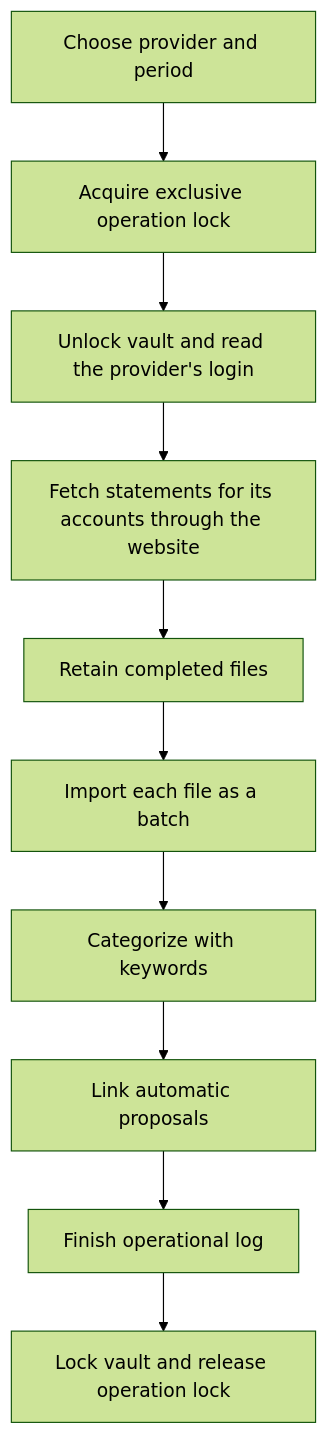
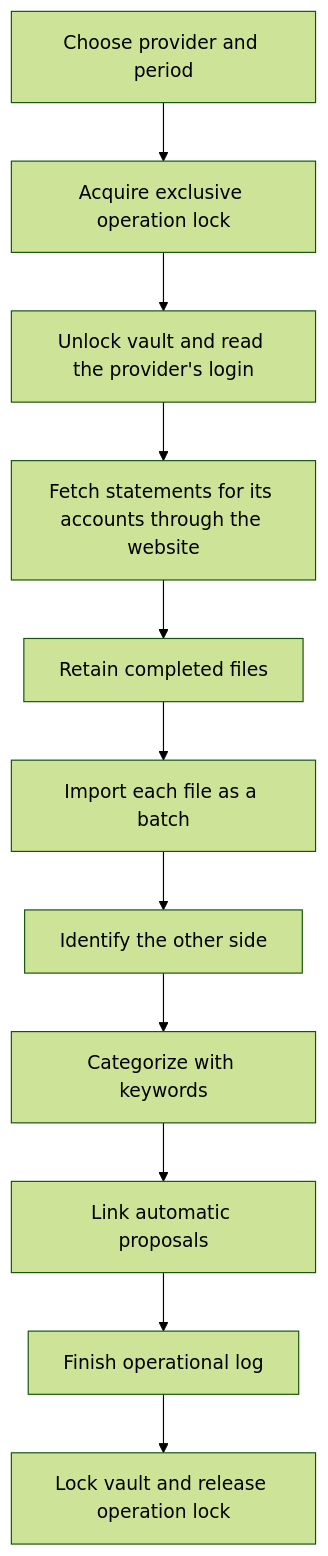
Before and after one commit to spinningyoyo/omsync: the diagram in docs/architecture/sync.md, drawn with Mermaid (forest theme). The commit also changed other lines of this file and 120 other files, not shown here.

````diff
--- a/docs/architecture/sync.md
+++ b/docs/architecture/sync.md
@@ -94,12 +95,13 @@
 ```mermaid
 flowchart TD
     Start[Choose provider and period] --> Lock[Acquire exclusive operation lock]
     Lock --> Vault[Unlock vault and read the provider's login]
     Vault --> Fetch[Fetch statements for its accounts through the website]
     Fetch --> Files[Retain completed files]
     Files --> Import[Import each file as a batch]
-    Import --> Categorize[Categorize with keywords]
+    Import --> Identify[Identify the other side]
+    Identify --> Categorize[Categorize with keywords]
     Categorize --> Reconcile[Link automatic proposals]
     Reconcile --> Log[Finish operational log]
     Log --> Finish[Lock vault and release operation lock]
 ```
````
